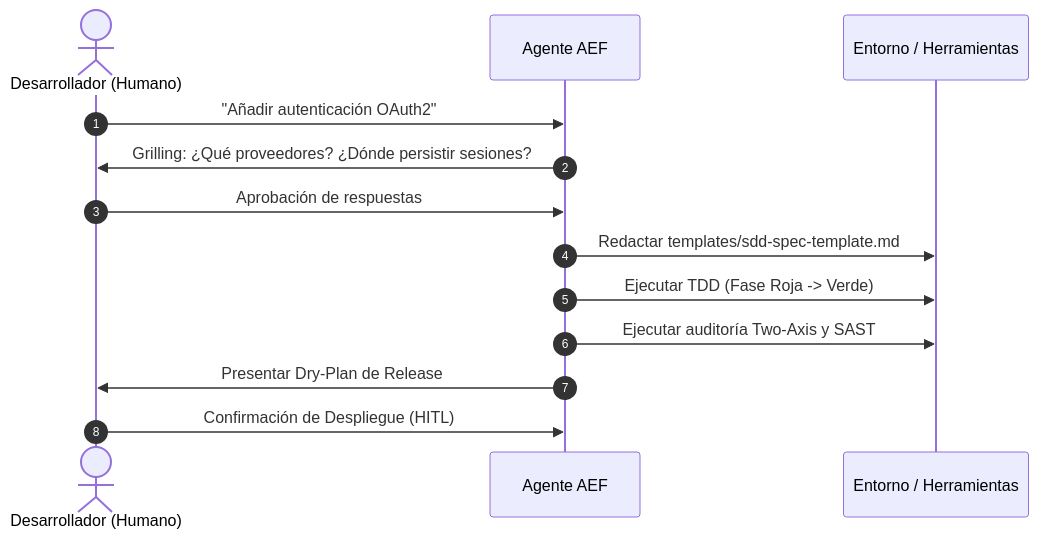
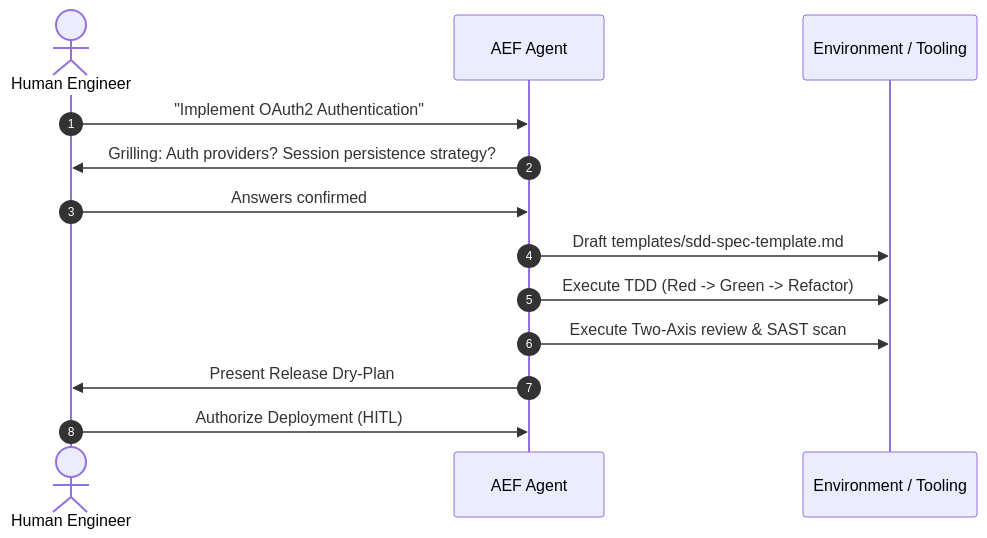
One commit to jmblanco/agentic-engineering-framework changed the third of 3 diagrams in README.md. Above: the diagram before and after it, drawn with Mermaid. The commit also changed other lines of this file and 14 other files, not shown here.

````diff
--- a/README.md
+++ b/README.md
@@ -104,16 +104,16 @@
 ```mermaid
 sequenceDiagram
     autonumber
-    actor Dev as Desarrollador (Humano)
-    participant Agent as Agente AEF
-    participant Tool as Entorno / Herramientas
+    actor Dev as Human Engineer
+    participant Agent as AEF Agent
+    participant Env as Environment / Tooling
 
-    Dev->>Agent: "Añadir autenticación OAuth2"
-    Agent->>Dev: Grilling: ¿Qué proveedores? ¿Dónde persistir sesiones?
-    Dev->>Agent: Aprobación de respuestas
-    Agent->>Tool: Redactar templates/sdd-spec-template.md
-    Agent->>Tool: Ejecutar TDD (Fase Roja -> Verde)
-    Agent->>Tool: Ejecutar auditoría Two-Axis y SAST
-    Agent->>Dev: Presentar Dry-Plan de Release
-    Dev->>Agent: Confirmación de Despliegue (HITL)
+    Dev->>Agent: "Implement OAuth2 Authentication"
+    Agent->>Dev: Grilling: Auth providers? Session persistence strategy?
+    Dev->>Agent: Answers confirmed
+    Agent->>Env: Draft templates/sdd-spec-template.md
+    Agent->>Env: Execute TDD (Red -> Green -> Refactor)
+    Agent->>Env: Execute Two-Axis review & SAST scan
+    Agent->>Dev: Present Release Dry-Plan
+    Dev->>Agent: Authorize Deployment (HITL)
 ```
````
